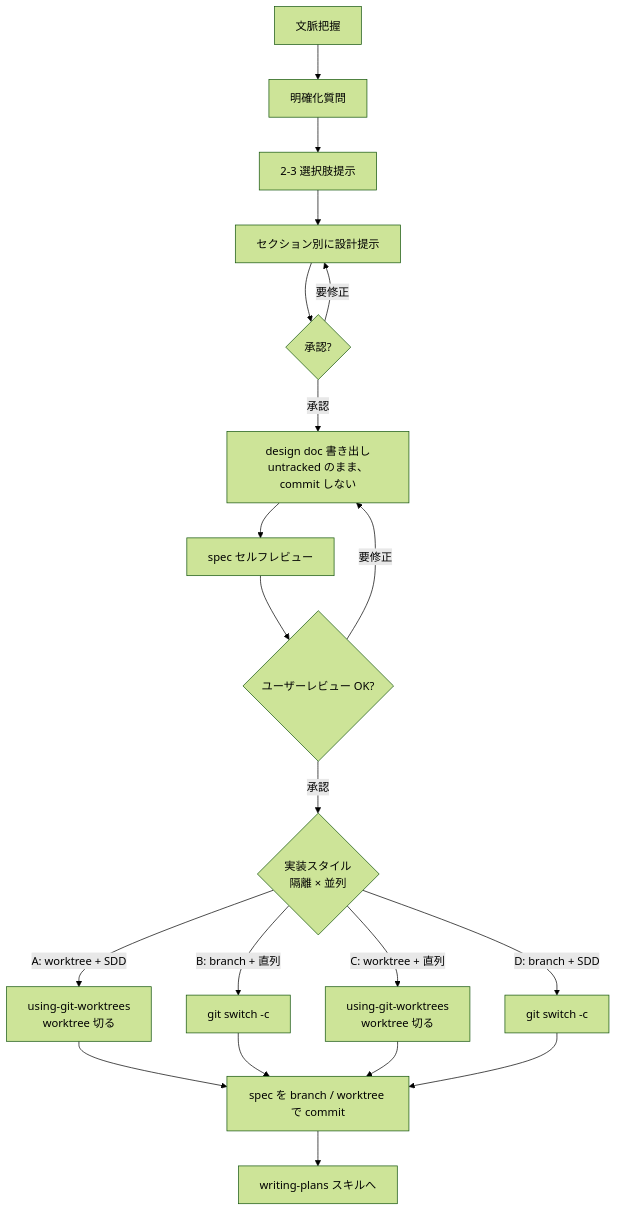
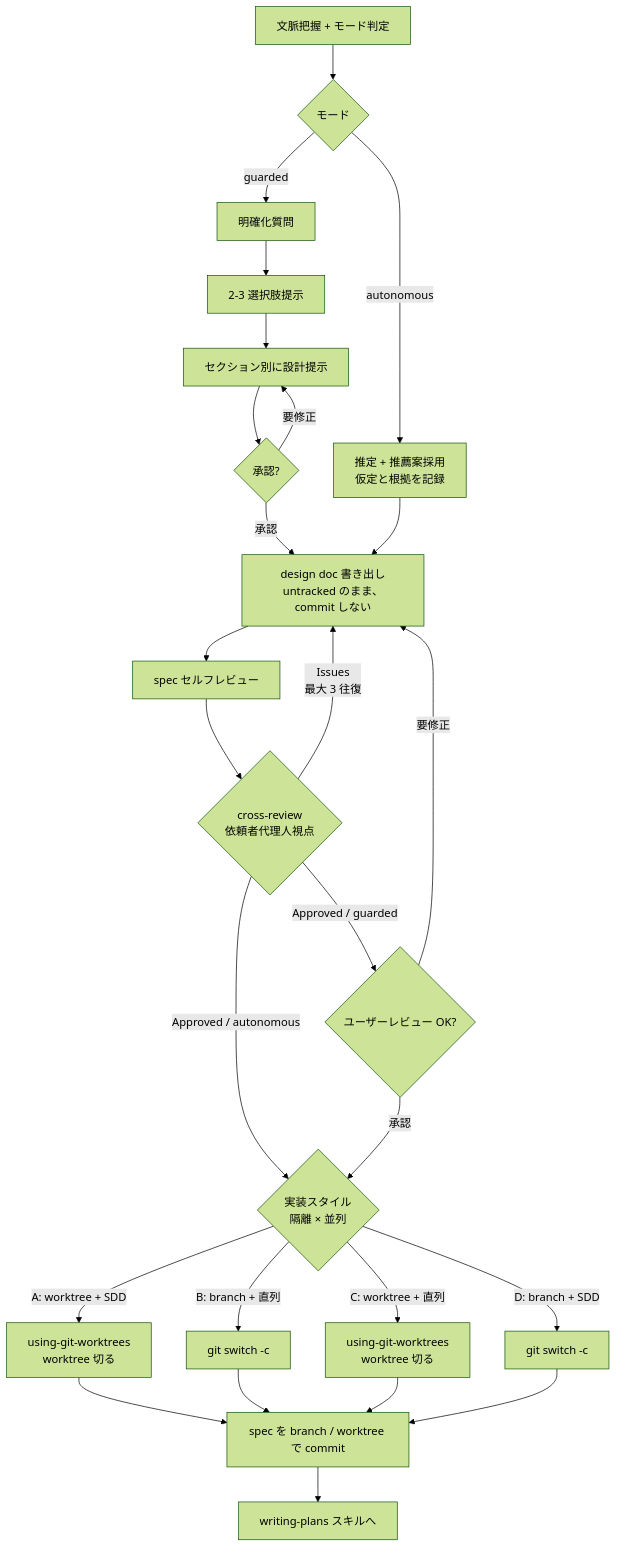
The diagram in brainstorming/SKILL.md (trapple/skills), drawn with Mermaid (forest theme) before and after one commit. The commit also changed other lines of this file and 8 other files, not shown here.

First line of the commit message:
feat(cross-review): 新規開発の人間承認ゲートを別モデルレビューに置き換え自律完走できるようにする

````diff
--- a/brainstorming/SKILL.md
+++ b/brainstorming/SKILL.md
@@ -38,22 +46,28 @@
 ```mermaid
 flowchart TD
-    A[文脈把握] --> B[明確化質問]
+    A[文脈把握 + モード判定] --> MODE{モード}
+    MODE -->|guarded| B[明確化質問]
     B --> C[2-3 選択肢提示]
     C --> D[セクション別に設計提示]
     D --> E{承認?}
     E -->|要修正| D
     E -->|承認| F[design doc 書き出し<br/>untracked のまま、commit しない]
+    MODE -->|autonomous| AF[推定 + 推薦案採用<br/>仮定と根拠を記録]
+    AF --> F
     F --> G[spec セルフレビュー]
-    G --> H{ユーザーレビュー OK?}
+    G --> X{cross-review<br/>依頼者代理人視点}
+    X -->|Issues<br/>最大 3 往復| F
+    X -->|Approved / guarded| H{ユーザーレビュー OK?}
+    X -->|Approved / autonomous| I
     H -->|要修正| F
     H -->|承認| I{実装スタイル<br/>隔離 × 並列}
     I -->|A: worktree + SDD| J[using-git-worktrees<br/>worktree 切る]
     I -->|B: branch + 直列| K[git switch -c]
     I -->|C: worktree + 直列| M[using-git-worktrees<br/>worktree 切る]
     I -->|D: branch + SDD| N[git switch -c]
     J --> P[spec を branch / worktree で commit]
     K --> P
     M --> P
     N --> P
     P --> L[writing-plans スキルへ]
 ```
````
